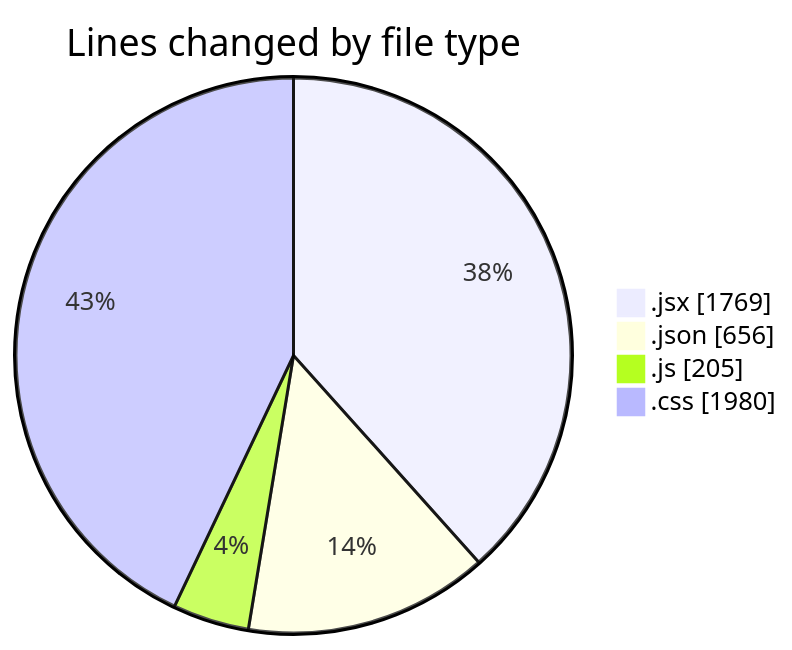
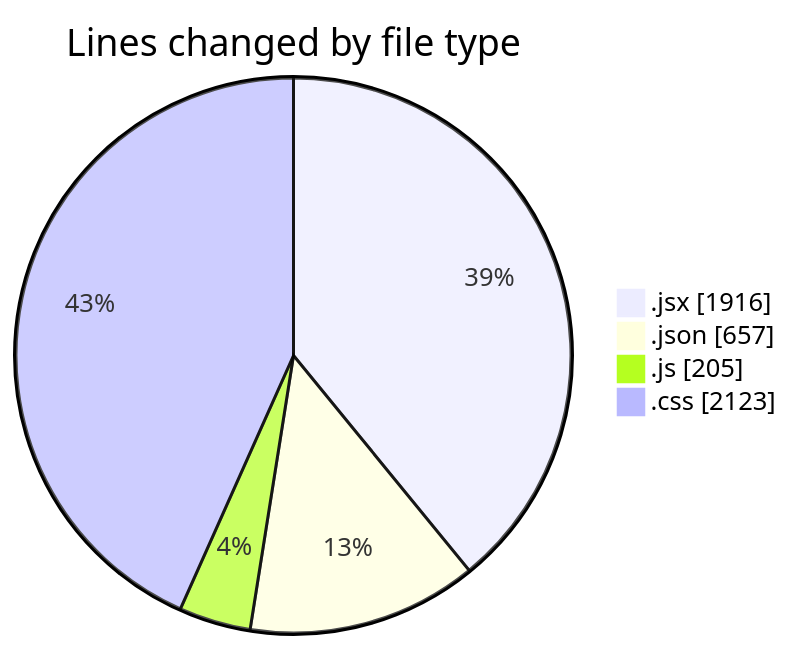
One commit to BS-eng2023/code-tracking changed the first of 2 diagrams in 2025-05-04/project/README.md. Above: the diagram before and after it, drawn with Mermaid. The commit also changed other lines of this file and 1 other file, not shown here.

````diff
--- a/2025-05-04/project/README.md
+++ b/2025-05-04/project/README.md
@@ -42,8 +43,8 @@
 ```mermaid
 pie showData
 title Lines changed by file type
-".jsx" : 1769
-".json" : 656
+".jsx" : 1916
+".json" : 657
 ".js" : 205
-".css" : 1980
+".css" : 2123
 ```
````
